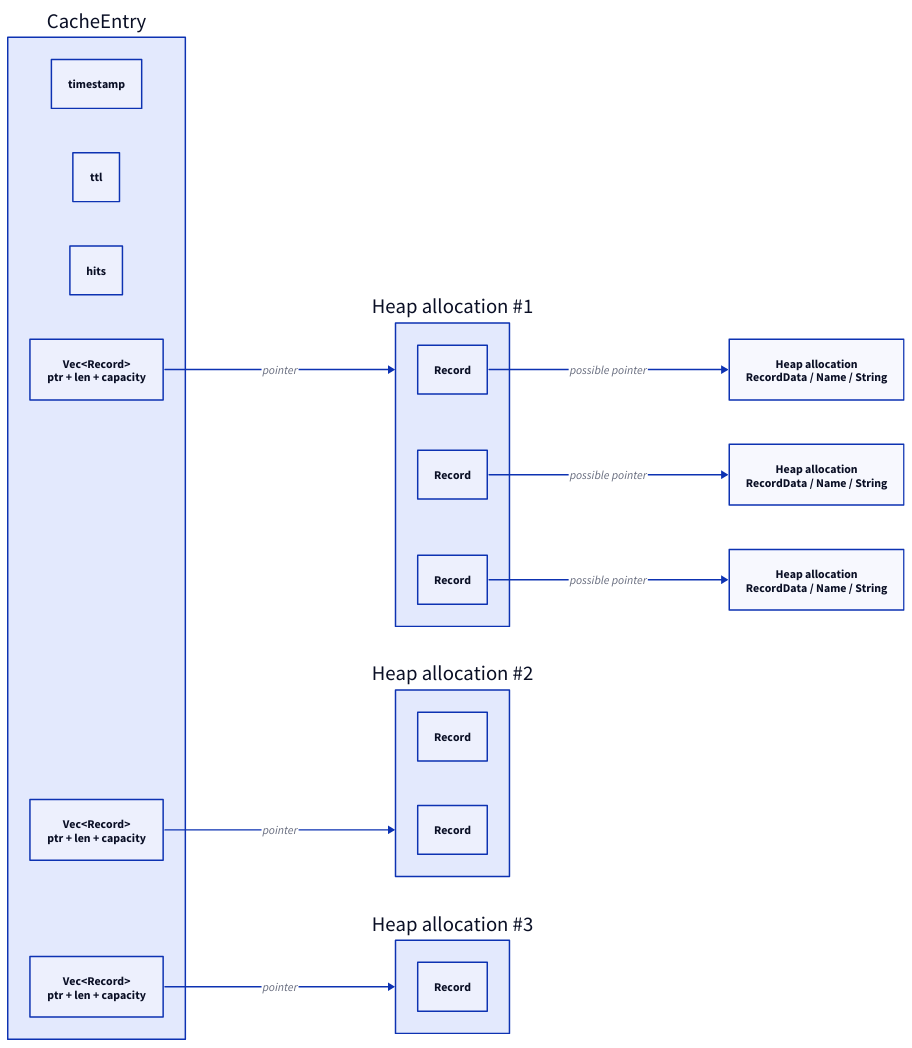
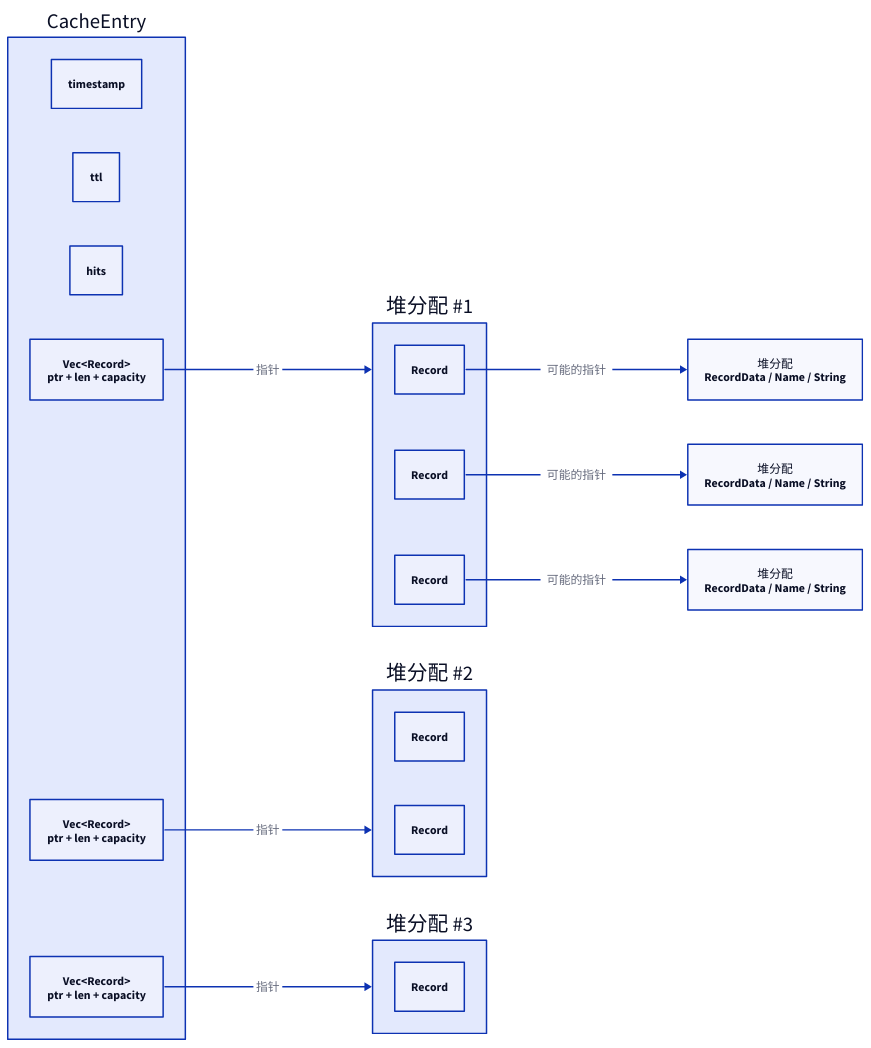
One commit to Disdjj/blog changed the second of 11 diagrams in content/posts/how-cloudflare-1111-saved-100-tb-of-memory-by-refactoring-dns-cache-memory-layout-by-chatgpt-mh23d.md. Above: the diagram before and after it, drawn with D2. The commit also changed other lines of this file, not shown here.

````diff
--- a/content/posts/how-cloudflare-1111-saved-100-tb-of-memory-by-refactoring-dns-cache-memory-layout-by-chatgpt-mh23d.md
+++ b/content/posts/how-cloudflare-1111-saved-100-tb-of-memory-by-refactoring-dns-cache-memory-layout-by-chatgpt-mh23d.md
@@ -238,40 +236,40 @@
 ```d2
 direction: right
 
 entry: "CacheEntry" {
   timestamp: "timestamp"
   ttl: "ttl"
   hits: "hits"
 
   answer_vec: "Vec<Record>\nptr + len + capacity"
   authority_vec: "Vec<Record>\nptr + len + capacity"
   additional_vec: "Vec<Record>\nptr + len + capacity"
 }
 
-answers: "Heap allocation #1" {
+answers: "堆分配 #1" {
   a1: "Record"
   a2: "Record"
   a3: "Record"
 }
 
-authority: "Heap allocation #2" {
+authority: "堆分配 #2" {
   au1: "Record"
   au2: "Record"
 }
 
-additional: "Heap allocation #3" {
+additional: "堆分配 #3" {
   ad1: "Record"
 }
 
-record_data_1: "Heap allocation\nRecordData / Name / String"
-record_data_2: "Heap allocation\nRecordData / Name / String"
-record_data_3: "Heap allocation\nRecordData / Name / String"
+record_data_1: "堆分配\nRecordData / Name / String"
+record_data_2: "堆分配\nRecordData / Name / String"
+record_data_3: "堆分配\nRecordData / Name / String"
 
-entry.answer_vec -> answers: "pointer"
-entry.authority_vec -> authority: "pointer"
-entry.additional_vec -> additional: "pointer"
+entry.answer_vec -> answers: "指针"
+entry.authority_vec -> authority: "指针"
+entry.additional_vec -> additional: "指针"
 
-answers.a1 -> record_data_1: "possible pointer"
-answers.a2 -> record_data_2: "possible pointer"
-answers.a3 -> record_data_3: "possible pointer"
+answers.a1 -> record_data_1: "可能的指针"
+answers.a2 -> record_data_2: "可能的指针"
+answers.a3 -> record_data_3: "可能的指针"
 ```
````
